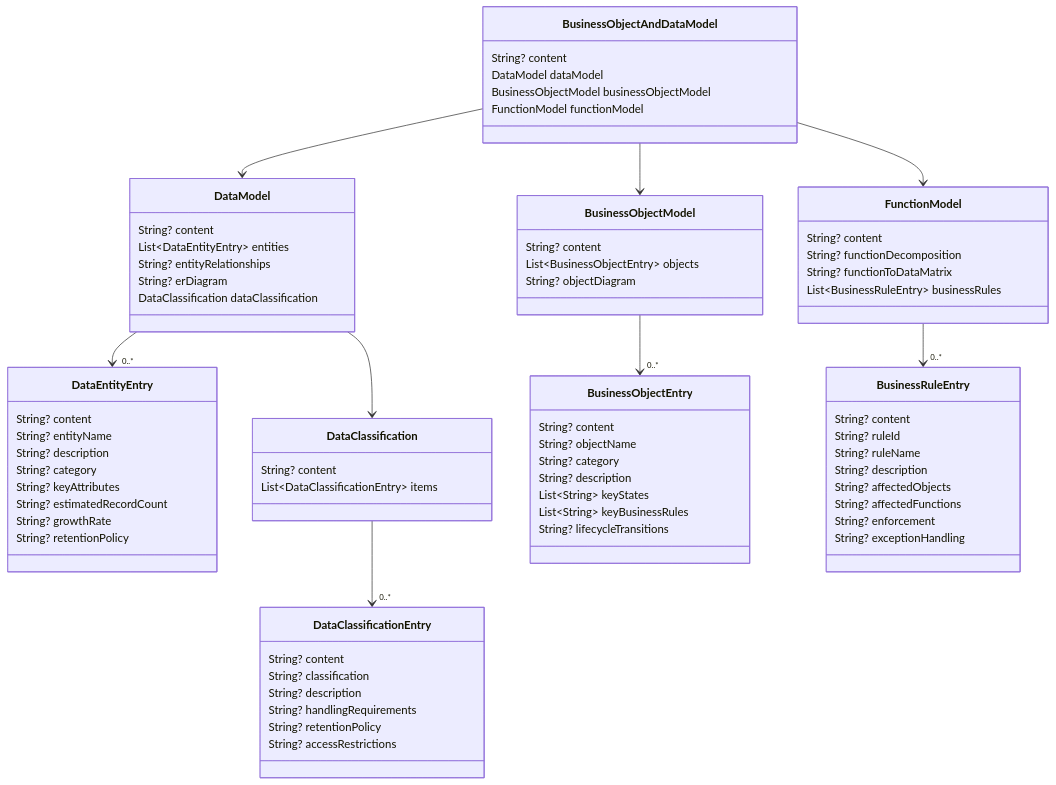
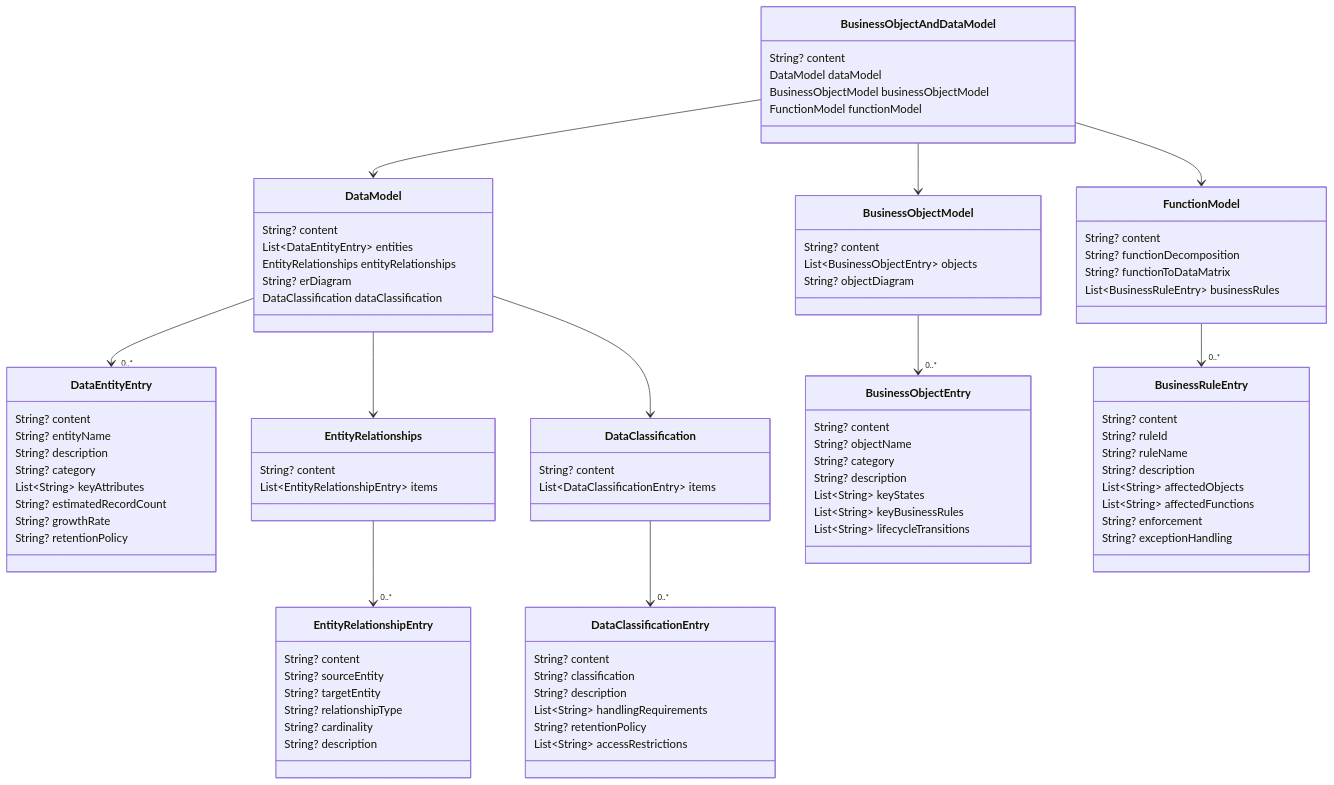
Before and after one commit to al-the-bear/tom_ai_build: diagram 15 of 22 in tom_specs_model/doc/pd_project_definition_model.md, drawn with Mermaid. The commit also changed other lines of this file and 15 other files, not shown here.

```diff
--- a/tom_specs_model/doc/pd_project_definition_model.md
+++ b/tom_specs_model/doc/pd_project_definition_model.md
@@ -843,7 +1097,7 @@
     class DataModel {
         String? content
         List~DataEntityEntry~ entities
-        String? entityRelationships
+        EntityRelationships entityRelationships
         String? erDiagram
         DataClassification dataClassification
     }
@@ -853,10 +1107,24 @@
         String? entityName
         String? description
         String? category
-        String? keyAttributes
+        List~String~ keyAttributes
         String? estimatedRecordCount
         String? growthRate
         String? retentionPolicy
+    }
+
+    class EntityRelationships {
+        String? content
+        List~EntityRelationshipEntry~ items
+    }
+
+    class EntityRelationshipEntry {
+        String? content
+        String? sourceEntity
+        String? targetEntity
+        String? relationshipType
+        String? cardinality
+        String? description
     }
 
     class DataClassification {
@@ -868,9 +1136,9 @@
         String? content
         String? classification
         String? description
-        String? handlingRequirements
+        List~String~ handlingRequirements
         String? retentionPolicy
-        String? accessRestrictions
+        List~String~ accessRestrictions
     }
 
     class BusinessObjectModel {
@@ -886,7 +1154,7 @@
         String? description
         List~String~ keyStates
         List~String~ keyBusinessRules
-        String? lifecycleTransitions
+        List~String~ lifecycleTransitions
     }
 
     class FunctionModel {
@@ -901,8 +1169,8 @@
         String? ruleId
         String? ruleName
         String? description
-        String? affectedObjects
-        String? affectedFunctions
+        List~String~ affectedObjects
+        List~String~ affectedFunctions
         String? enforcement
         String? exceptionHandling
     }
@@ -911,7 +1179,9 @@
     BusinessObjectAndDataModel --> BusinessObjectModel
     BusinessObjectAndDataModel --> FunctionModel
     DataModel --> "0..*" DataEntityEntry
+    DataModel --> EntityRelationships
     DataModel --> DataClassification
+    EntityRelationships --> "0..*" EntityRelationshipEntry
     DataClassification --> "0..*" DataClassificationEntry
     BusinessObjectModel --> "0..*" BusinessObjectEntry
     FunctionModel --> "0..*" BusinessRuleEntry
```
